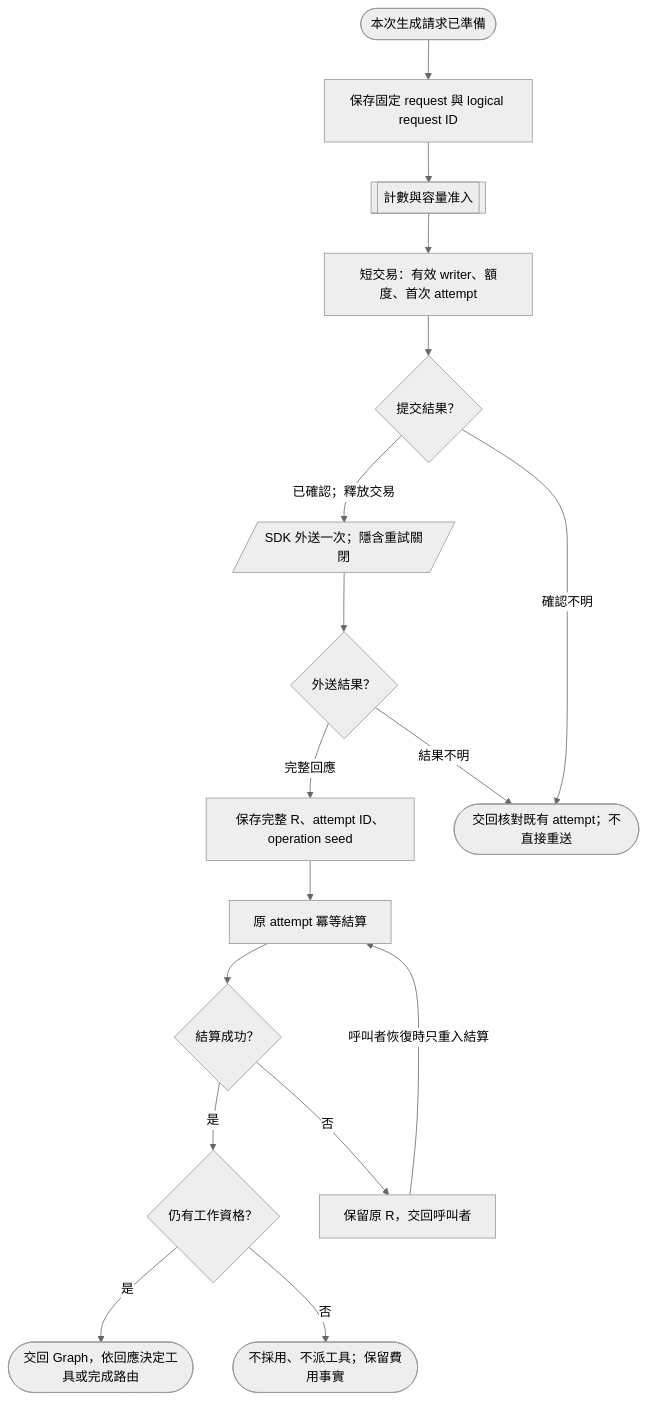
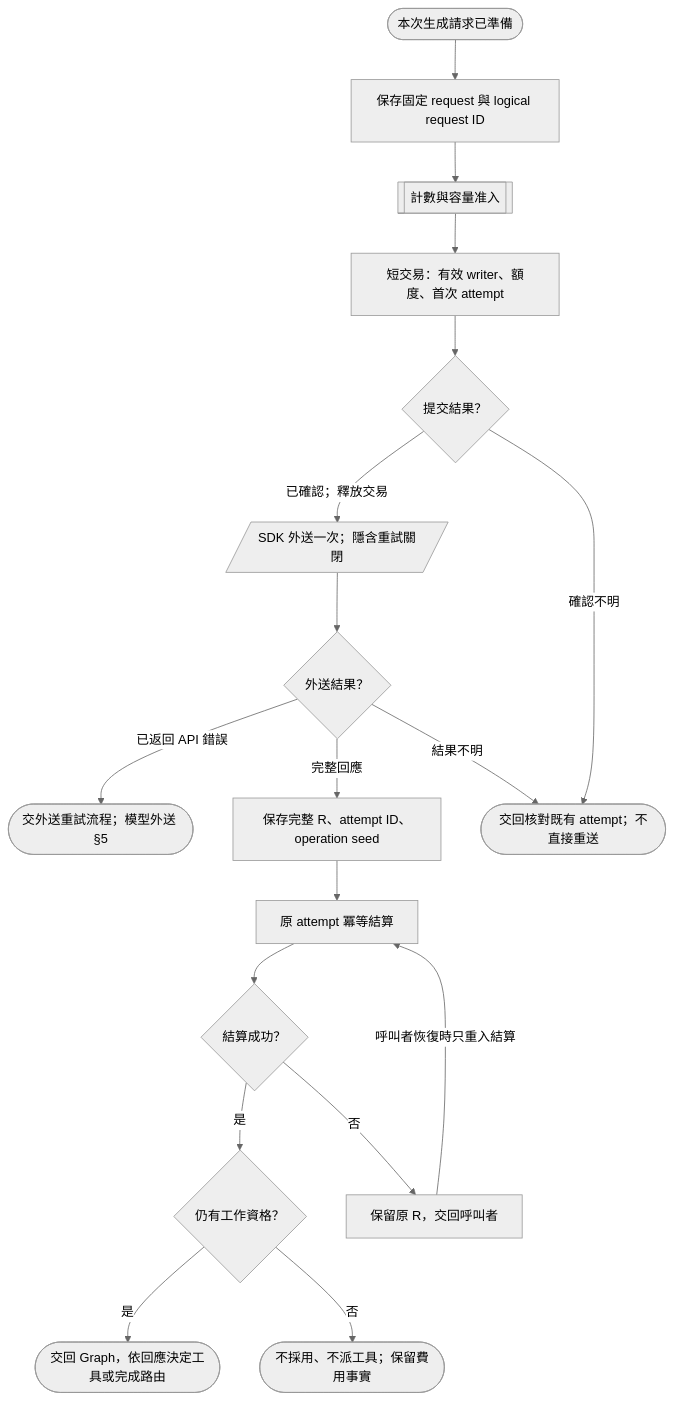
The diagram in docs/diagrams/implementation/model-requests/request-generation-settlement.mmd (JD-Consultant/Caliburn), drawn with Mermaid (neutral theme) before and after one commit. The commit also changed 143 other files, not shown here.

Commit message:
docs: align architecture guides and diagrams with current implementation

```diff
--- a/docs/diagrams/implementation/model-requests/request-generation-settlement.mmd
+++ b/docs/diagrams/implementation/model-requests/request-generation-settlement.mmd
@@ -1,17 +1,20 @@
+%% legend: 膠囊：局部起訖；矩形：處理；菱形：互斥分支；平行四邊形：資料交接；雙側線：已定義子流程。
+%% title: 現行流程：生成、原件保存與結算
 flowchart TD
   S([本次生成請求已準備]) --> P["保存固定 request 與 logical request ID"]
   P --> N[["計數與容量准入"]]
   N --> A["短交易：有效 writer、額度、首次 attempt"]
   A --> B{"提交結果？"}
   B -->|"已確認；釋放交易"| H[/"SDK 外送一次；隱含重試關閉"/]
   H --> J{"外送結果？"}
+  J -->|"已返回 API 錯誤"| RET([交外送重試流程；模型外送 §5])
   J -->|完整回應| R["保存完整 R、attempt ID、operation seed"]
   R --> C["原 attempt 冪等結算"]
   C --> K{"結算成功？"}
   K -->|是| G{"仍有工作資格？"}
   G -->|是| T([交回 Graph，依回應決定工具或完成路由])
   G -->|否| X([不採用、不派工具；保留費用事實])
   B -->|"確認不明"| U([交回核對既有 attempt；不直接重送])
   J -->|"結果不明"| U
   K -->|否| W["保留原 R，交回呼叫者"]
   W -->|"呼叫者恢復時只重入結算"| C
```
